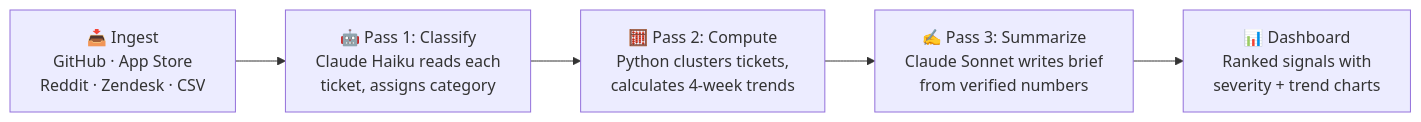
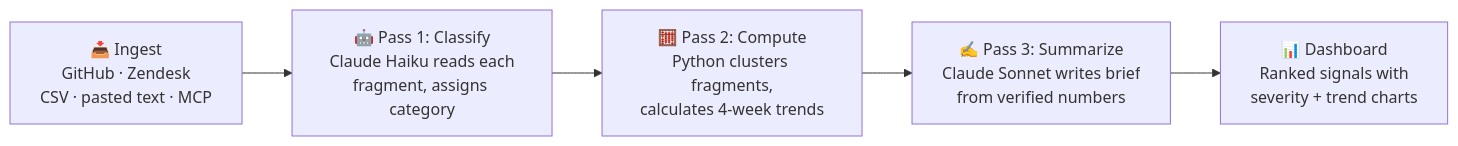
One commit to hikAru-2002/Noiseglass-AI changed the diagram in README.md. Above: the diagram before and after it, drawn with Mermaid. The commit also changed other lines of this file and 32 other files, not shown here.

First line of the commit message:
Generalize concept: tickets -> fragments, drop Reddit/App Store sources

````diff
--- a/README.md
+++ b/README.md
@@ -42,7 +42,7 @@
 ```mermaid
 flowchart LR
-    A["📥 Ingest<br/>GitHub · App Store<br/>Reddit · Zendesk · CSV"] --> B["🤖 Pass 1: Classify<br/>Claude Haiku reads each<br/>ticket, assigns category"]
-    B --> C["🧮 Pass 2: Compute<br/>Python clusters tickets,<br/>calculates 4-week trends"]
+    A["📥 Ingest<br/>GitHub · Zendesk<br/>CSV · pasted text · MCP"] --> B["🤖 Pass 1: Classify<br/>Claude Haiku reads each<br/>fragment, assigns category"]
+    B --> C["🧮 Pass 2: Compute<br/>Python clusters fragments,<br/>calculates 4-week trends"]
     C --> D["✍️ Pass 3: Summarize<br/>Claude Sonnet writes brief<br/>from verified numbers"]
     D --> E["📊 Dashboard<br/>Ranked signals with<br/>severity + trend charts"]
 ```
````
